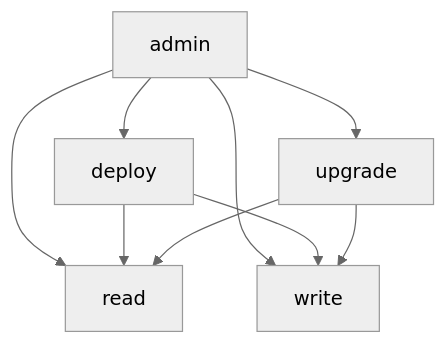
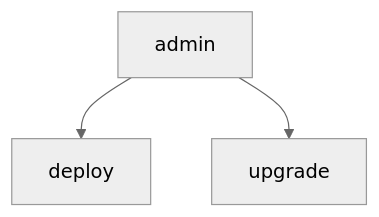
The first of 3 diagrams in site/src/app/docs/rbac/page.mdx (alainncls/open-privacy-suite), drawn with Mermaid (neutral theme) before and after one commit. The commit also changed other lines of this file and 8 other files, not shown here.

````diff
--- a/site/src/app/docs/rbac/page.mdx
+++ b/site/src/app/docs/rbac/page.mdx
@@ -94,17 +94,9 @@
 ```mermaid
 graph TD
     admin["admin"]
     deploy["deploy"]
     upgrade["upgrade"]
-    read["read"]
-    write["write"]
 
     admin --> deploy
     admin --> upgrade
-    admin --> read
-    admin --> write
-    deploy --> read
-    deploy --> write
-    upgrade --> read
-    upgrade --> write
 ```
````
